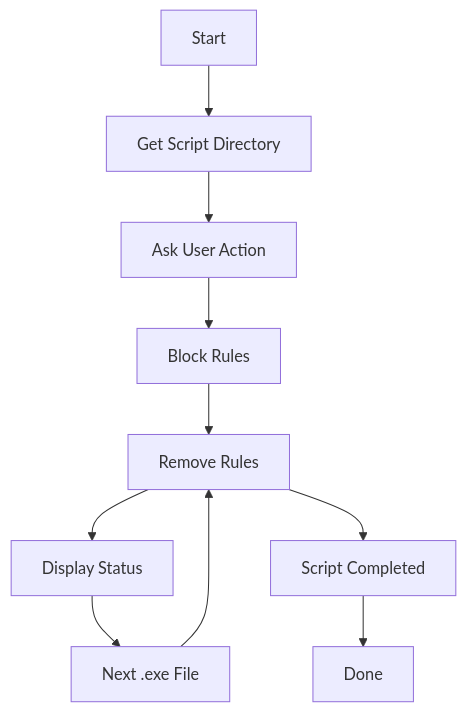
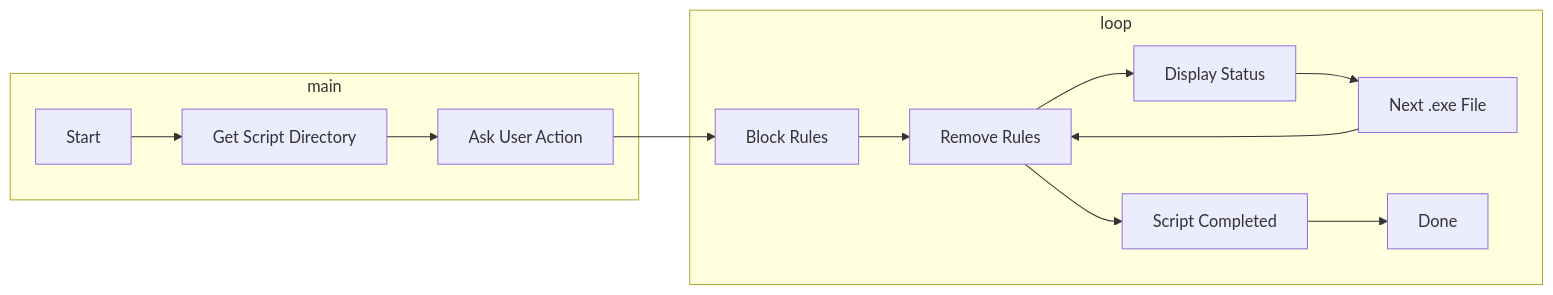
One commit to 1999AZZAR/Windows-Script-Collection changed the diagram in firewall manager/readme.md. Above: the diagram before and after it, drawn with Mermaid.

````diff
--- a/firewall manager/readme.md
+++ b/firewall manager/readme.md
@@ -69,12 +69,18 @@
 ```mermaid
-graph TD
+graph LR
+
+    subgraph main
     A[Start] --> B[Get Script Directory]
     B --> C[Ask User Action]
+    end
+
+    subgraph loop
     C --> D[Block Rules]
     D --> E[Remove Rules]
     E --> F[Display Status]
     F --> G[Next .exe File]
     G --> E
     E --> H[Script Completed]
     H --> I[Done]
+    end
 ```
````
